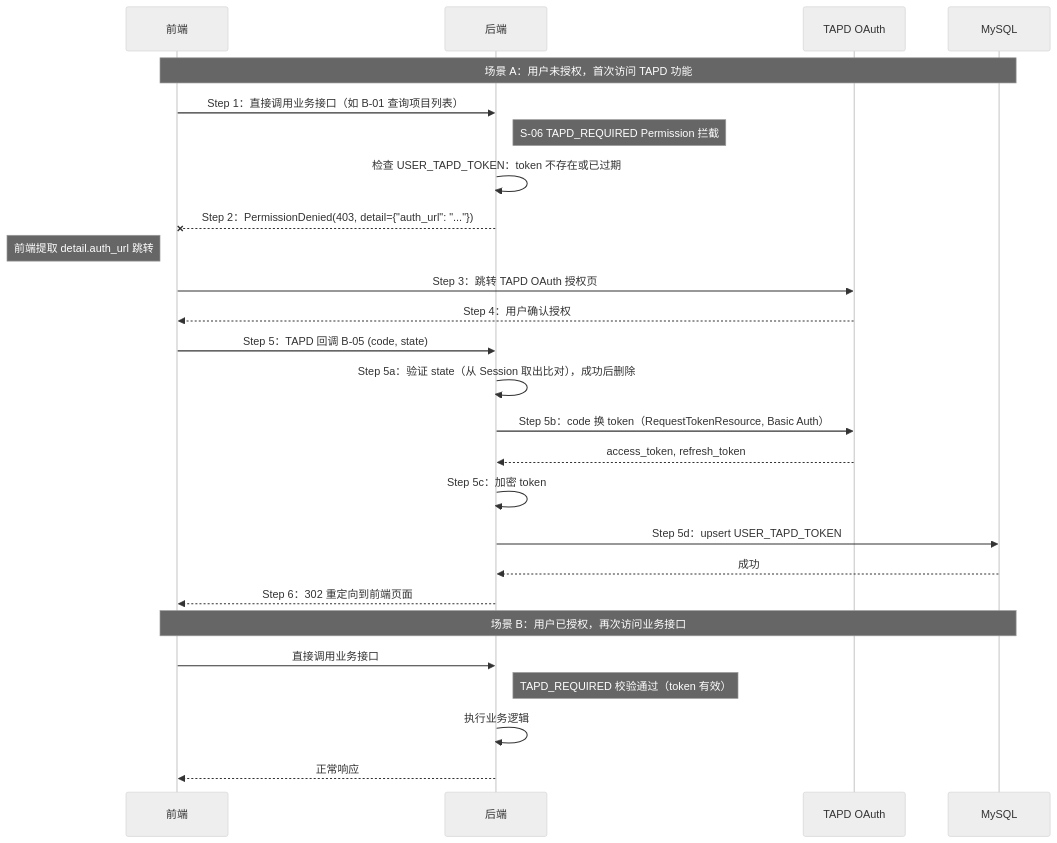
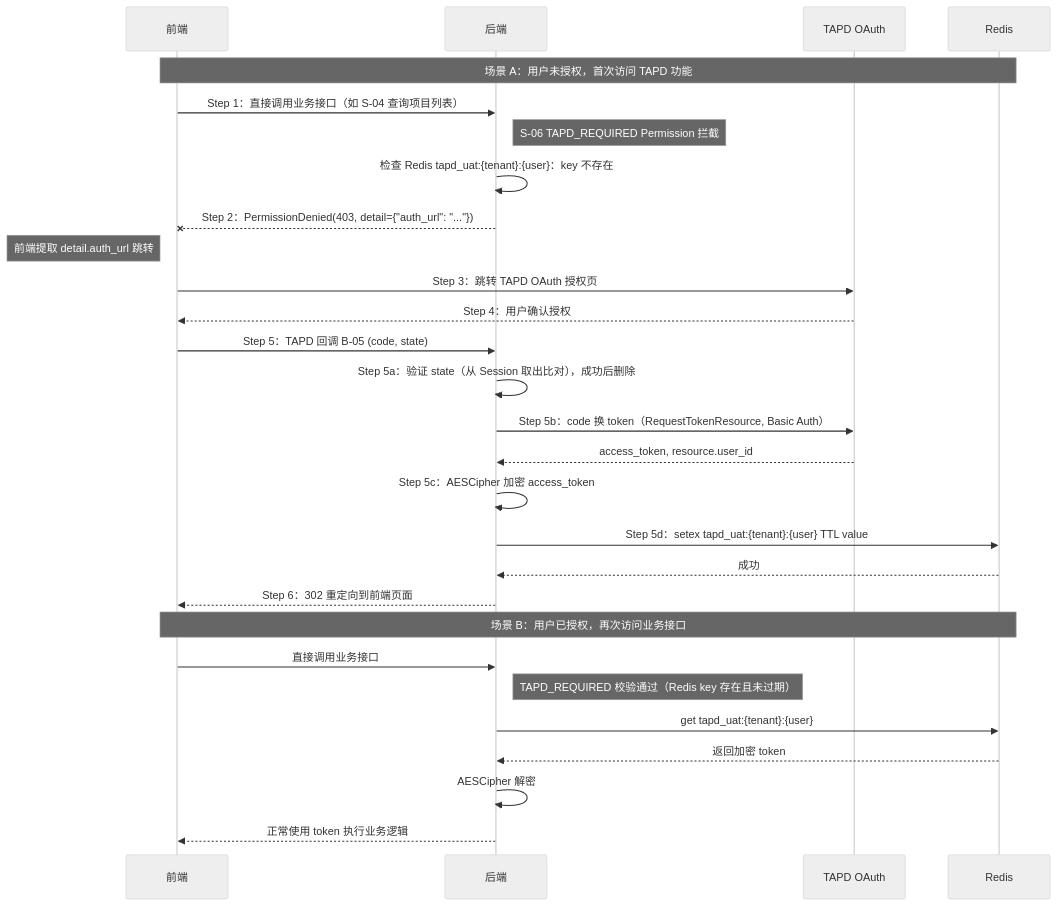
The diagram in requirements/integration/2026-06-15-TAPD授权与建单/design/S02_用户态授权_DESIGN.md (HACK-WU/bk-monitor-wiki), drawn with Mermaid (neutral theme) before and after one commit. The commit also changed other lines of this file and 34 other files, not shown here.

````diff
--- a/requirements/integration/2026-06-15-TAPD授权与建单/design/S02_用户态授权_DESIGN.md
+++ b/requirements/integration/2026-06-15-TAPD授权与建单/design/S02_用户态授权_DESIGN.md
@@ -192,29 +209,31 @@
 ```mermaid
 sequenceDiagram
     participant FE as 前端
     participant BE as 后端
     participant TAPD as TAPD OAuth
-    participant DB as MySQL
+    participant Redis as Redis
     
-    note over FE,DB: 场景 A：用户未授权，首次访问 TAPD 功能
-    FE->>BE: Step 1：直接调用业务接口（如 B-01 查询项目列表）
+    note over FE,Redis: 场景 A：用户未授权，首次访问 TAPD 功能
+    FE->>BE: Step 1：直接调用业务接口（如 S-04 查询项目列表）
     note right of BE: S-06 TAPD_REQUIRED Permission 拦截
-    BE->>BE: 检查 USER_TAPD_TOKEN：token 不存在或已过期
+    BE->>BE: 检查 Redis tapd_uat:{tenant}:{user}：key 不存在
     BE--xFE: Step 2：PermissionDenied(403, detail={"auth_url": "..."})
     note left of FE: 前端提取 detail.auth_url 跳转
     FE->>TAPD: Step 3：跳转 TAPD OAuth 授权页
     TAPD-->>FE: Step 4：用户确认授权
     FE->>BE: Step 5：TAPD 回调 B-05 (code, state)
     BE->>BE: Step 5a：验证 state（从 Session 取出比对），成功后删除
     BE->>TAPD: Step 5b：code 换 token（RequestTokenResource, Basic Auth）
-    TAPD-->>BE: access_token, refresh_token
-    BE->>BE: Step 5c：加密 token
-    BE->>DB: Step 5d：upsert USER_TAPD_TOKEN
-    DB-->>BE: 成功
+    TAPD-->>BE: access_token, resource.user_id
+    BE->>BE: Step 5c：AESCipher 加密 access_token
+    BE->>Redis: Step 5d：setex tapd_uat:{tenant}:{user} TTL value
+    Redis-->>BE: 成功
     BE-->>FE: Step 6：302 重定向到前端页面
-    note over FE,DB: 场景 B：用户已授权，再次访问业务接口
+    note over FE,Redis: 场景 B：用户已授权，再次访问业务接口
     FE->>BE: 直接调用业务接口
-    note right of BE: TAPD_REQUIRED 校验通过（token 有效）
-    BE->>BE: 执行业务逻辑
-    BE-->>FE: 正常响应
+    note right of BE: TAPD_REQUIRED 校验通过（Redis key 存在且未过期）
+    BE->>Redis: get tapd_uat:{tenant}:{user}
+    Redis-->>BE: 返回加密 token
+    BE->>BE: AESCipher 解密
+    BE-->>FE: 正常使用 token 执行业务逻辑
 ```
````
